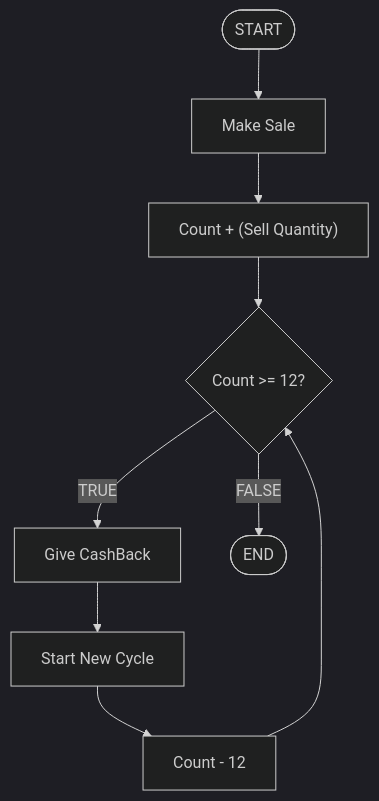
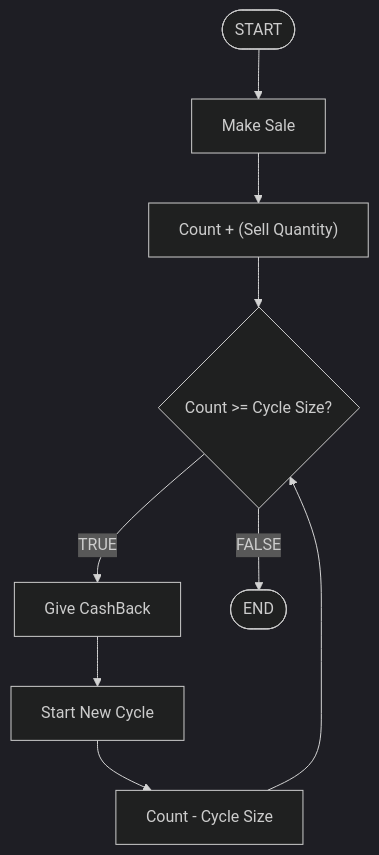
One commit to DaRealZiger/Final-Year-Project changed the diagram in FYP01/Progress Presentation/Synergy Zyklen/Diagrams/Cycle.mmd. Above: the diagram before and after it, drawn with Mermaid (dark theme).

```diff
--- a/FYP01/Progress Presentation/Synergy Zyklen/Diagrams/Cycle.mmd
+++ b/FYP01/Progress Presentation/Synergy Zyklen/Diagrams/Cycle.mmd
@@ -1,12 +1,12 @@
 flowchart TD
   START([START])
   Sale[Make Sale]
   Count["Count + (Sell Quantity)"]
-  Check{Count >= 12?}
+  Check{Count >= Cycle Size?}
   CashBack[Give CashBack]
   NewCycle[Start New Cycle]
-  2Check[Count - 12]
+  2Check[Count - Cycle Size]
   END([END])
   START --> Sale --> Count --> Check
   Check --> |TRUE| CashBack --> NewCycle --> 2Check --> Check
   Check --> |FALSE| END
```
